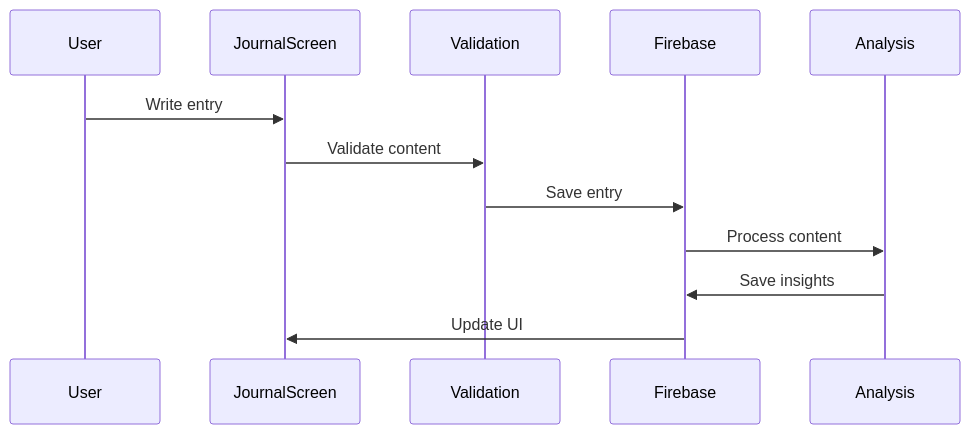
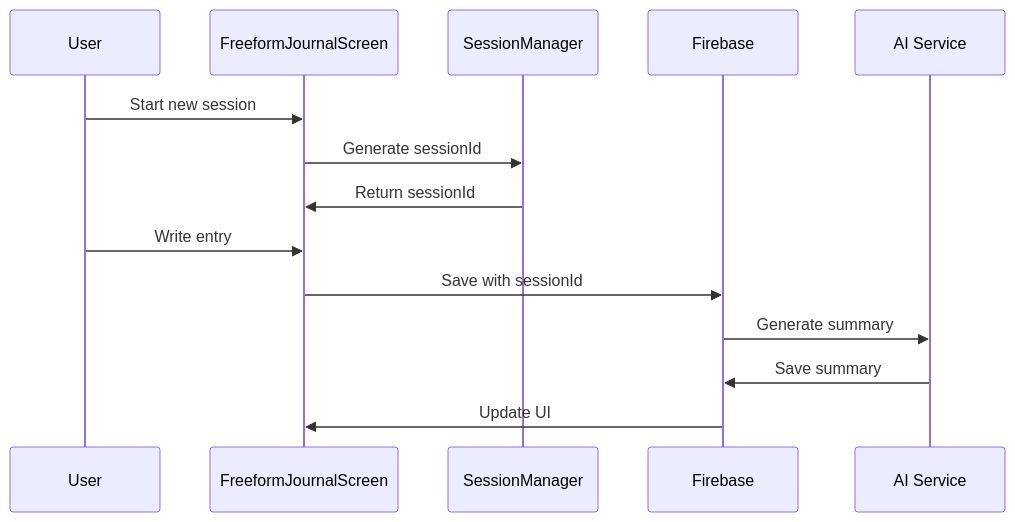
Before and after one commit to HemanB/Interosight: the second of 5 diagrams in docs/core/DATA_FLOW.md, drawn with Mermaid. The commit also changed other lines of this file and 7 other files, not shown here.

````diff
--- a/docs/core/DATA_FLOW.md
+++ b/docs/core/DATA_FLOW.md
@@ -63,9 +79,11 @@
 ```mermaid
 sequenceDiagram
-    User->>JournalScreen: Write entry
-    JournalScreen->>Validation: Validate content
-    Validation->>Firebase: Save entry
-    Firebase->>Analysis: Process content
-    Analysis->>Firebase: Save insights
-    Firebase->>JournalScreen: Update UI
+    User->>FreeformJournalScreen: Start new session
+    FreeformJournalScreen->>SessionManager: Generate sessionId
+    SessionManager->>FreeformJournalScreen: Return sessionId
+    User->>FreeformJournalScreen: Write entry
+    FreeformJournalScreen->>Firebase: Save with sessionId
+    Firebase->>AI Service: Generate summary
+    AI Service->>Firebase: Save summary
+    Firebase->>FreeformJournalScreen: Update UI
 ```
````
